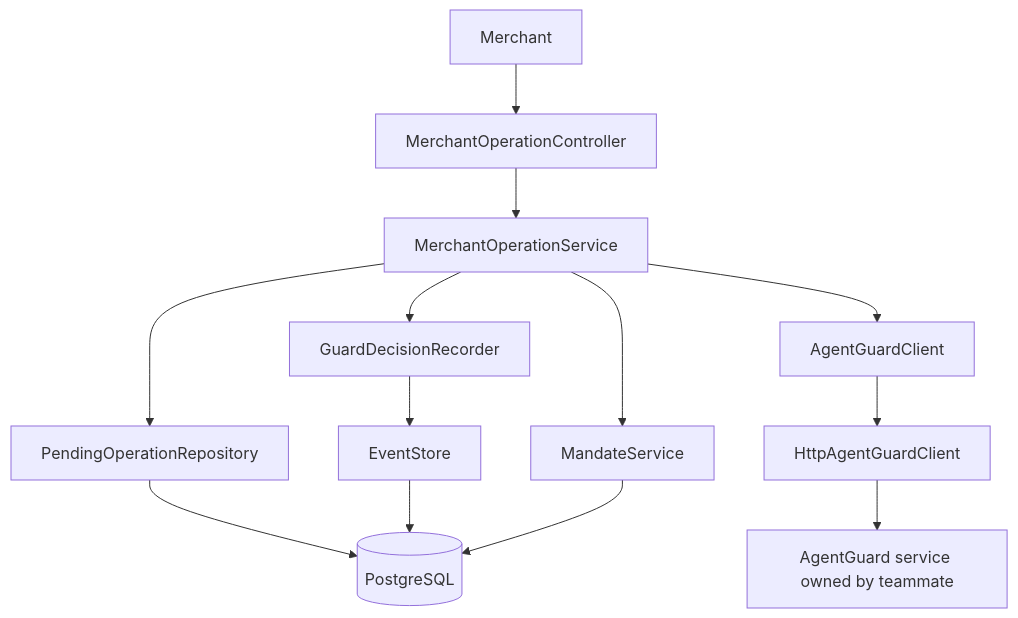
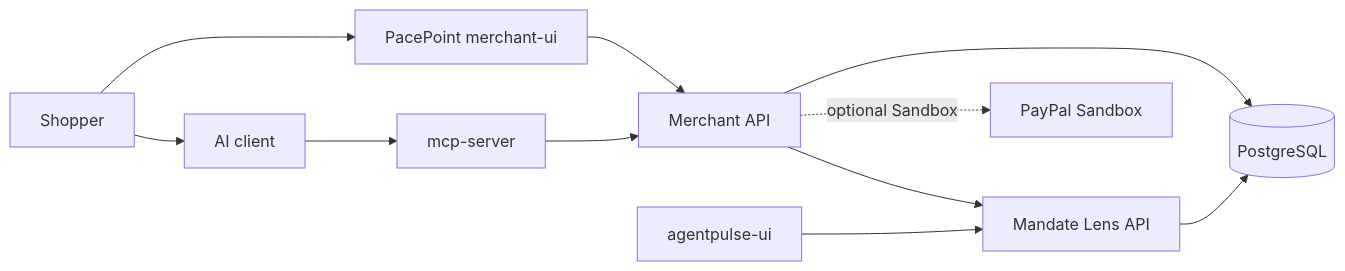
The diagram in README.md (neha702/mandate-lens), drawn with Mermaid before and after one commit. The commit also changed other lines of this file and 47 other files, not shown here.

````diff
--- a/README.md
+++ b/README.md
@@ -34,15 +28,13 @@
 ```mermaid
-flowchart TD
-    Merchant --> API[MerchantOperationController]
-    API --> Orchestrator[MerchantOperationService]
-    Orchestrator --> Mandate[MandateService]
-    Orchestrator --> Guard[AgentGuardClient]
-    Guard --> Http[HttpAgentGuardClient]
-    Http --> OtherGuard[AgentGuard service owned by teammate]
-    Orchestrator --> Operations[PendingOperationRepository]
-    Orchestrator --> Recorder[GuardDecisionRecorder]
-    Recorder --> Events[EventStore]
-    Operations --> DB[(PostgreSQL)]
-    Events --> DB
-    Mandate --> DB
+flowchart LR
+    Shopper --> MerchantUI[PacePoint merchant-ui]
+    Shopper --> MCPClient[AI client]
+    MCPClient --> MCP[mcp-server]
+    MerchantUI --> MerchantAPI[Merchant API]
+    MCP --> MerchantAPI
+    MerchantAPI --> ML[Mandate Lens API]
+    AgentPulse[agentpulse-ui] --> ML
+    MerchantAPI --> DB[(PostgreSQL)]
+    ML --> DB
+    MerchantAPI -. optional Sandbox .-> PayPal[PayPal Sandbox]
 ```
````
